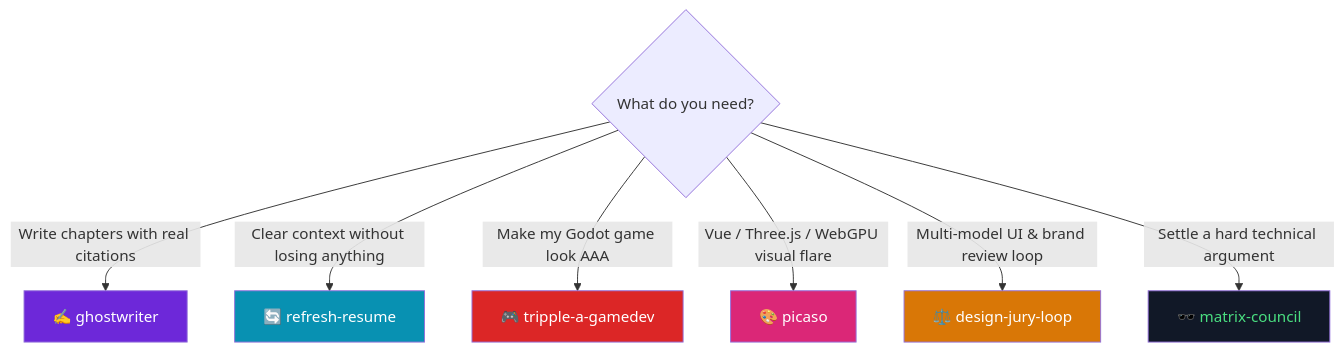
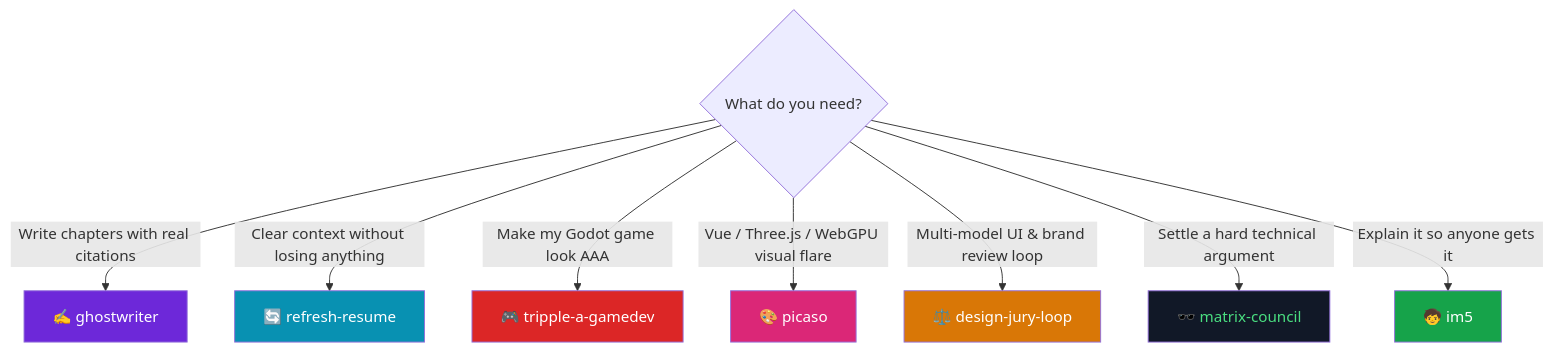
Before and after one commit to shoemoney/shoemoney-skills: the first of 9 diagrams in README.md, drawn with Mermaid. The commit also changed other lines of this file and 1 other file, not shown here.

Commit message:
feat: 🧒 im5 joins the vault — explain it like I'm five, four sentences max

````diff
--- a/README.md
+++ b/README.md
@@ -83,17 +84,19 @@
 ```mermaid
 flowchart TD
     Q{What do you need?}
     Q -->|Write chapters with real citations| GW[✍️ ghostwriter]
     Q -->|Clear context without losing anything| RR[🔄 refresh-resume]
     Q -->|Make my Godot game look AAA| AAA[🎮 tripple-a-gamedev]
     Q -->|Vue / Three.js / WebGPU visual flare| PIC[🎨 picaso]
     Q -->|Multi-model UI & brand review loop| DJ[⚖️ design-jury-loop]
     Q -->|Settle a hard technical argument| MC[🕶️ matrix-council]
+    Q -->|Explain it so anyone gets it| IM[🧒 im5]
 
     style GW fill:#6d28d9,color:#fff
     style RR fill:#0891b2,color:#fff
     style AAA fill:#dc2626,color:#fff
     style PIC fill:#db2777,color:#fff
     style DJ fill:#d97706,color:#fff
     style MC fill:#111827,color:#4ade80
+    style IM fill:#16a34a,color:#fff
 ```
````
